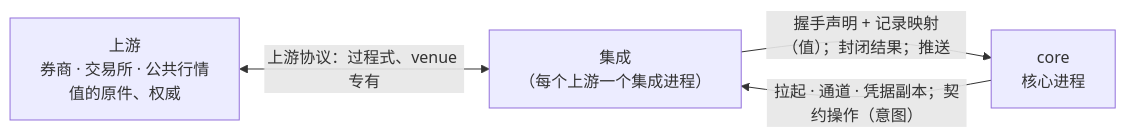
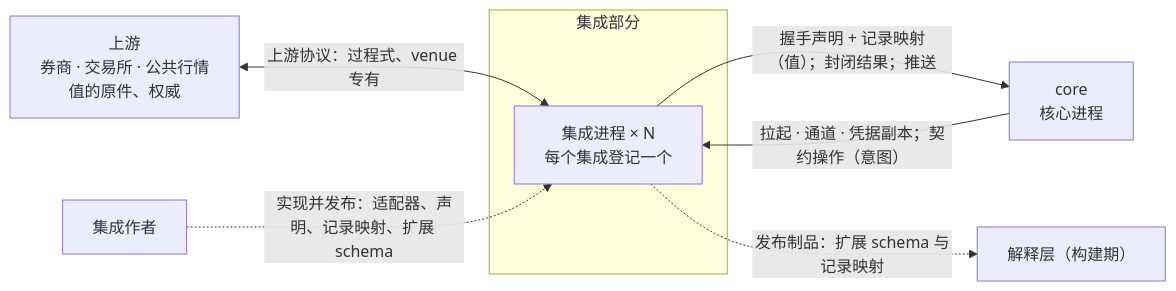
Before and after one commit to mouriya-s-lab/uta: the diagram in design/integration/design.md, drawn with Mermaid. The commit also changed other lines of this file and 9 other files, not shown here.

````diff
--- a/design/integration/design.md
+++ b/design/integration/design.md
@@ -26,9 +90,15 @@
 ```mermaid
 flowchart LR
   UP["上游<br/>券商 · 交易所 · 公共行情<br/>值的原件、权威"]
-  INT["集成<br/>（每个上游一个集成进程）"]
+  AUTH["集成作者"]
+  IL["解释层（构建期）"]
+  subgraph INTP["集成部分"]
+    INT["集成进程 × N<br/>每个集成登记一个"]
+  end
   CORE["core<br/>核心进程"]
   UP <-->|"上游协议：过程式、venue 专有"| INT
   CORE -->|"拉起 · 通道 · 凭据副本；契约操作（意图）"| INT
   INT -->|"握手声明 + 记录映射（值）；封闭结果；推送"| CORE
+  AUTH -.->|"实现并发布：适配器、声明、记录映射、扩展 schema"| INT
+  INT -.->|"发布制品：扩展 schema 与记录映射"| IL
 ```
````
